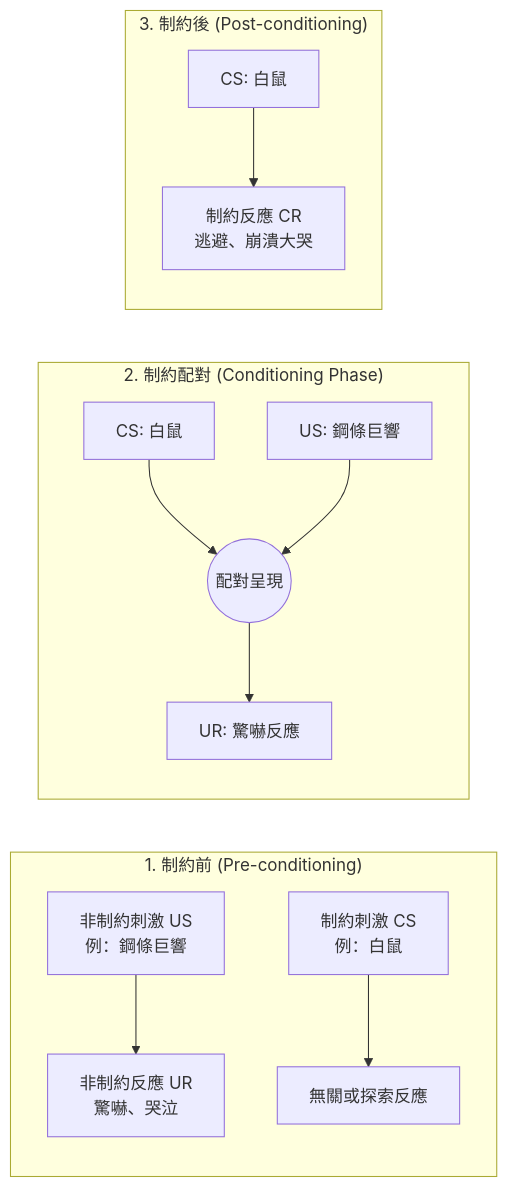
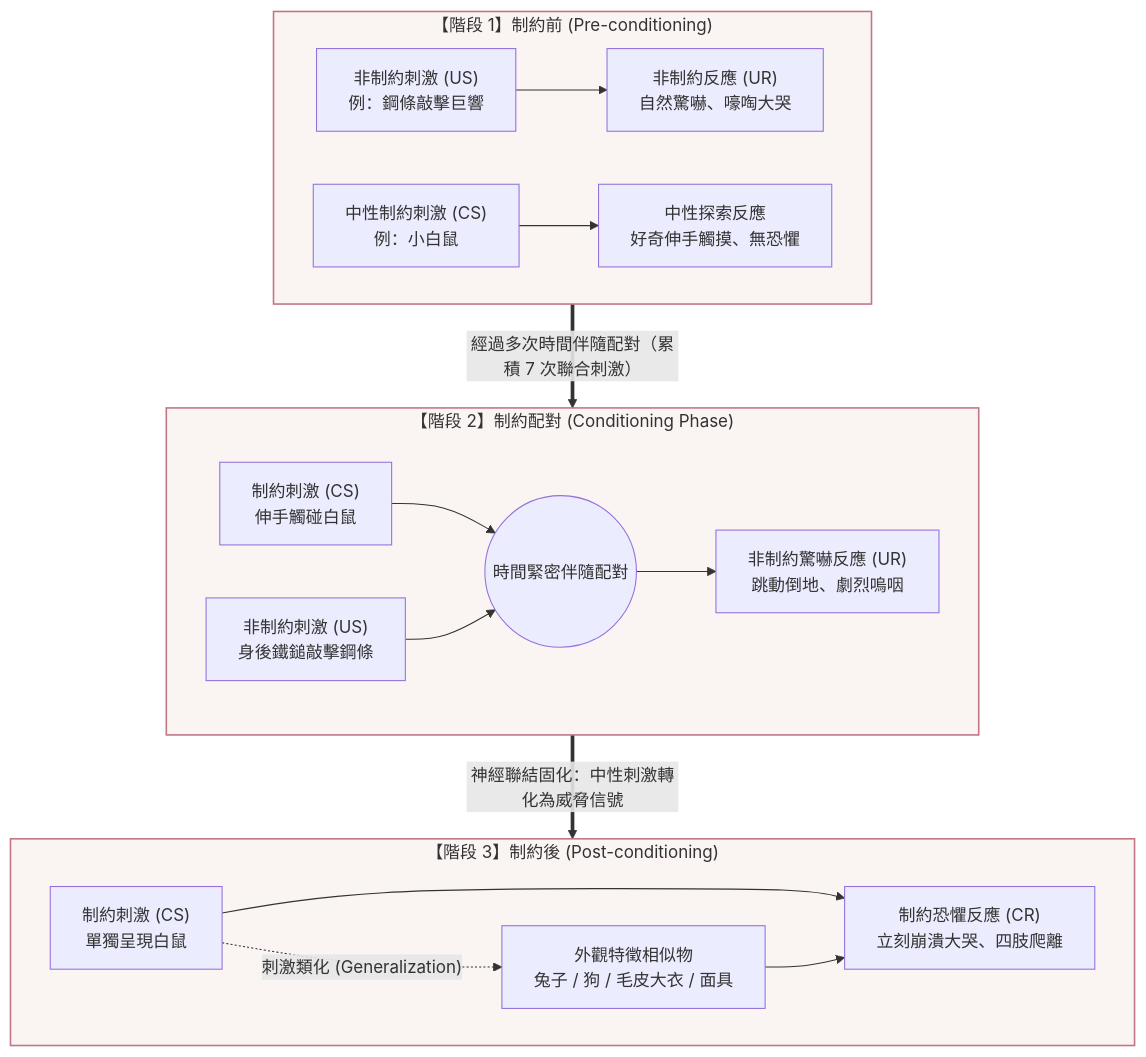
One commit to sasa0905/10 changed the diagram in wiki/theories/classical-conditioning.md. Above: the diagram before and after it, drawn with Mermaid. The commit also changed 37 other files, not shown here.

````diff
--- a/wiki/theories/classical-conditioning.md
+++ b/wiki/theories/classical-conditioning.md
@@ -18,17 +18,29 @@
 ```mermaid
-graph LR
-    subgraph PRE ["1. 制約前 (Pre-conditioning)"]
-        US1["非制約刺激 US<br>例：鋼條巨響"] --> UR1["非制約反應 UR<br>驚嚇、哭泣"]
-        CS1["制約刺激 CS<br>例：白鼠"] --> NR1["無關或探索反應"]
+graph TD
+    subgraph S1 ["【階段 1】制約前 (Pre-conditioning)"]
+        direction LR
+        US1["非制約刺激 (US)<br>例：鋼條敲擊巨響"] --> UR1["非制約反應 (UR)<br>自然驚嚇、嚎啕大哭"]
+        CS1["中性制約刺激 (CS)<br>例：小白鼠"] --> NR1["中性探索反應<br>好奇伸手觸摸、無恐懼"]
     end
 
-    subgraph COND ["2. 制約配對 (Conditioning Phase)"]
-        CS2["CS: 白鼠"] --> PAIR(("配對呈現"))
-        US2["US: 鋼條巨響"] --> PAIR
-        PAIR --> UR2["UR: 驚嚇反應"]
+    S1 ==>|"經過多次時間伴隨配對（累積 7 次聯合刺激）"| S2
+
+    subgraph S2 ["【階段 2】制約配對 (Conditioning Phase)"]
+        direction LR
+        CS2["制約刺激 (CS)<br>伸手觸碰白鼠"] --> PAIR(("時間緊密伴隨配對"))
+        US2["非制約刺激 (US)<br>身後鐵鎚敲擊鋼條"] --> PAIR
+        PAIR --> UR2["非制約驚嚇反應 (UR)<br>跳動倒地、劇烈嗚咽"]
     end
 
-    subgraph POST ["3. 制約後 (Post-conditioning)"]
-        CS3["CS: 白鼠"] --> CR["制約反應 CR<br>逃避、崩潰大哭"]
+    S2 ==>|"神經聯結固化：中性刺激轉化為威脅信號"| S3
+
+    subgraph S3 ["【階段 3】制約後 (Post-conditioning)"]
+        direction LR
+        CS3["制約刺激 (CS)<br>單獨呈現白鼠"] --> CR["制約恐懼反應 (CR)<br>立刻崩潰大哭、四肢爬離"]
+        CS3 -.->|"刺激類化 (Generalization)"| GEN["外觀特徵相似物<br>兔子 / 狗 / 毛皮大衣 / 面具"]
+        GEN --> CR
     end
+
+    classDef stage fill:#faf5f3,stroke:#c27685,stroke-width:1.5px;
+    class S1,S2,S3 stage;
 ```
````
